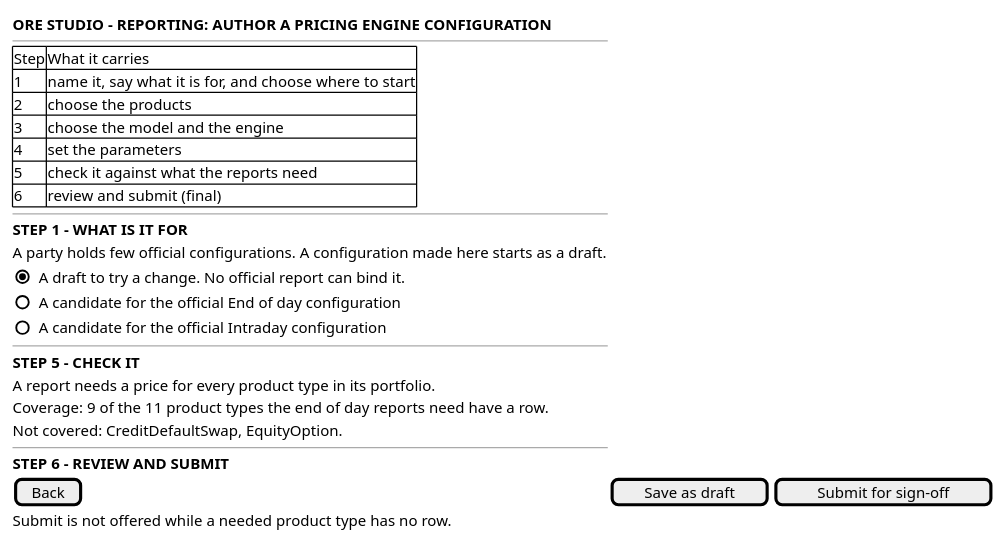
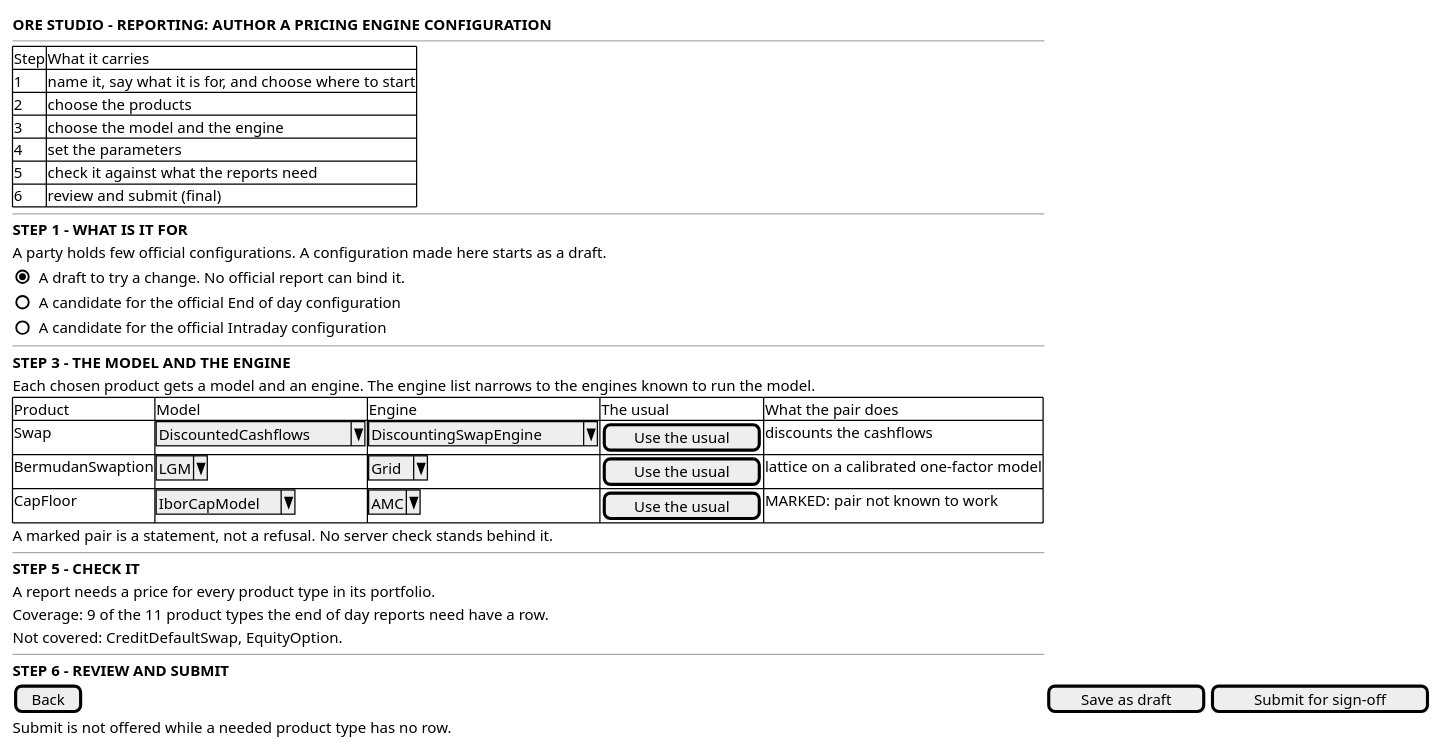
Before and after one commit to OreStudio/OreStudio: the diagram in doc/knowledge/journeys/reporting/wireframe_author_a_pricing_engine_configuration.puml, drawn with PlantUML. The commit also changed 2 other files, not shown here.

Commit message:
[agile] Restore step 3 in the author wireframe

```diff
--- a/doc/knowledge/journeys/reporting/wireframe_author_a_pricing_engine_configuration.puml
+++ b/doc/knowledge/journeys/reporting/wireframe_author_a_pricing_engine_configuration.puml
@@ -18,33 +18,43 @@
 @startuml
 
 salt
 {
   <b>ORE STUDIO - REPORTING: AUTHOR A PRICING ENGINE CONFIGURATION</b>
   --
   {#
     Step | What it carries
     1 | name it, say what it is for, and choose where to start
     2 | choose the products
     3 | choose the model and the engine
     4 | set the parameters
     5 | check it against what the reports need
     6 | review and submit (final)
   }
   --
   <b>STEP 1 - WHAT IS IT FOR</b>
   A party holds few official configurations. A configuration made here starts as a draft.
   { (X) A draft to try a change. No official report can bind it. }
   { ( ) A candidate for the official End of day configuration }
   { ( ) A candidate for the official Intraday configuration }
   --
+  <b>STEP 3 - THE MODEL AND THE ENGINE</b>
+  Each chosen product gets a model and an engine. The engine list narrows to the engines known to run the model.
+  {#
+    Product | Model | Engine | The usual | What the pair does
+    Swap | ^DiscountedCashflows^ | ^DiscountingSwapEngine^ | [ Use the usual ] | discounts the cashflows
+    BermudanSwaption | ^LGM^ | ^Grid^ | [ Use the usual ] | lattice on a calibrated one-factor model
+    CapFloor | ^IborCapModel^ | ^AMC^ | [ Use the usual ] | MARKED: pair not known to work
+  }
+  A marked pair is a statement, not a refusal. No server check stands behind it.
+  --
   <b>STEP 5 - CHECK IT</b>
   A report needs a price for every product type in its portfolio.
   Coverage: 9 of the 11 product types the end of day reports need have a row.
   Not covered: CreditDefaultSwap, EquityOption.
   --
   <b>STEP 6 - REVIEW AND SUBMIT</b>
   [ Back ] | [ Save as draft ] | [ Submit for sign-off ]
   Submit is not offered while a needed product type has no row.
 }
 
 @enduml
```
